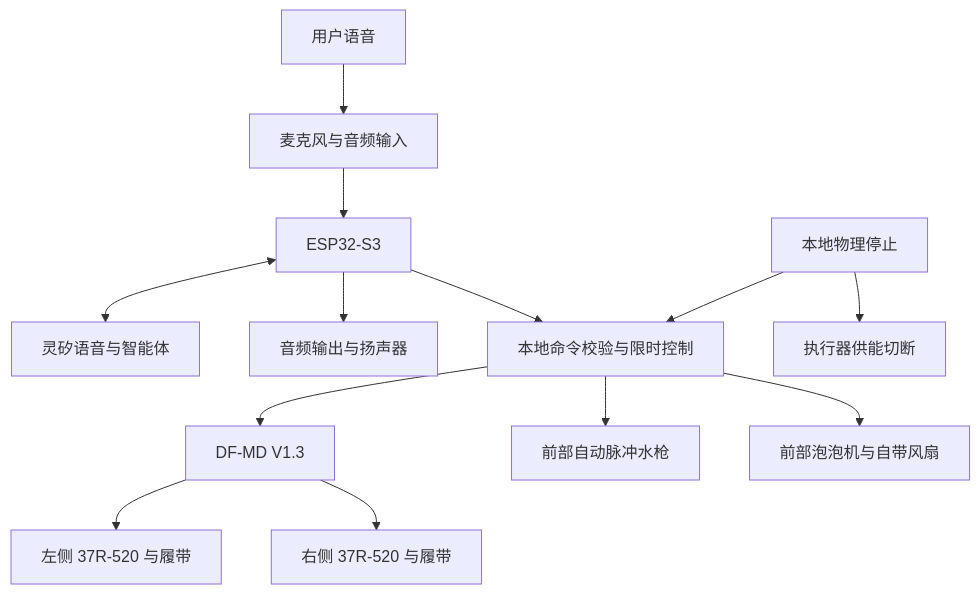
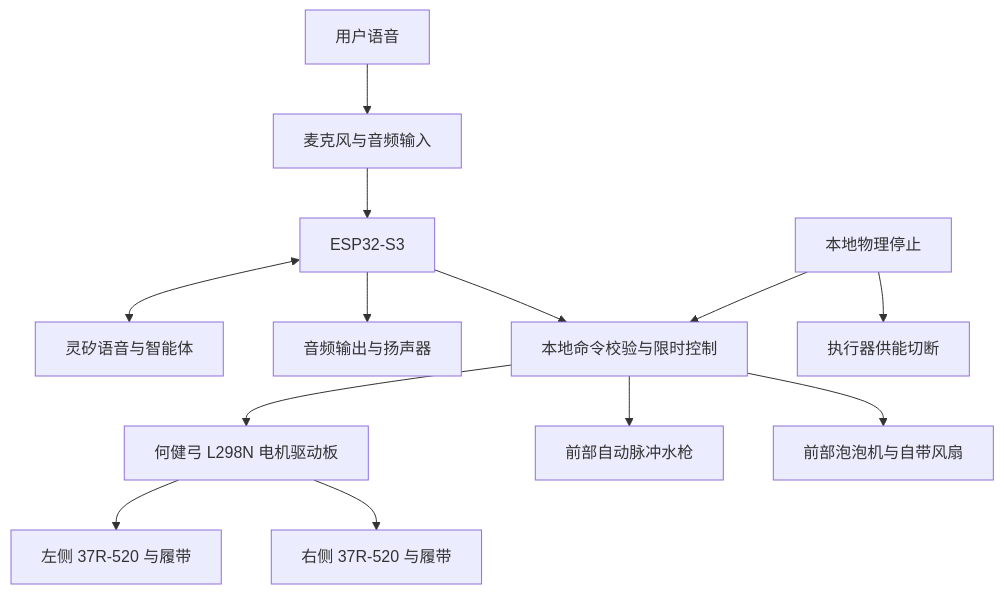
One commit to miclle/cybertrack changed the diagram in docs/architecture.md. Above: the diagram before and after it, drawn with Mermaid. The commit also changed 46 other files, not shown here.

````diff
--- a/docs/architecture.md
+++ b/docs/architecture.md
@@ -7,15 +7,15 @@
 ```mermaid
 flowchart TD
   U[用户语音] --> MIC[麦克风与音频输入]
   MIC --> MCU[ESP32-S3]
   MCU <--> CLOUD[灵矽语音与智能体]
   MCU --> AUDIO[音频输出与扬声器]
   MCU --> GATE[本地命令校验与限时控制]
   STOP[本地物理停止] --> CUT[执行器供能切断]
   STOP --> GATE
-  GATE --> DRIVE[DF-MD V1.3]
+  GATE --> DRIVE[何健弓 L298N 电机驱动板]
   DRIVE --> L[左侧 37R-520 与履带]
   DRIVE --> R[右侧 37R-520 与履带]
   GATE --> WATER[前部自动脉冲水枪]
   GATE --> BUBBLE[前部泡泡机与自带风扇]
 ```
````
